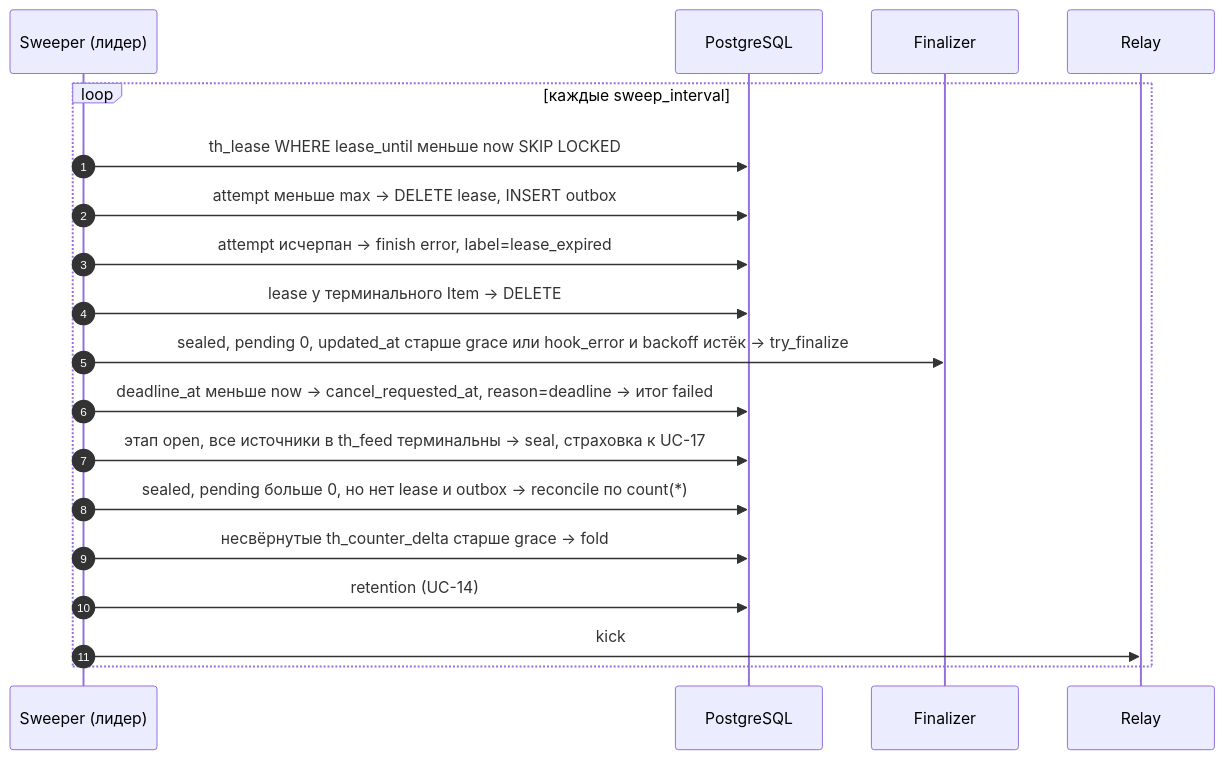
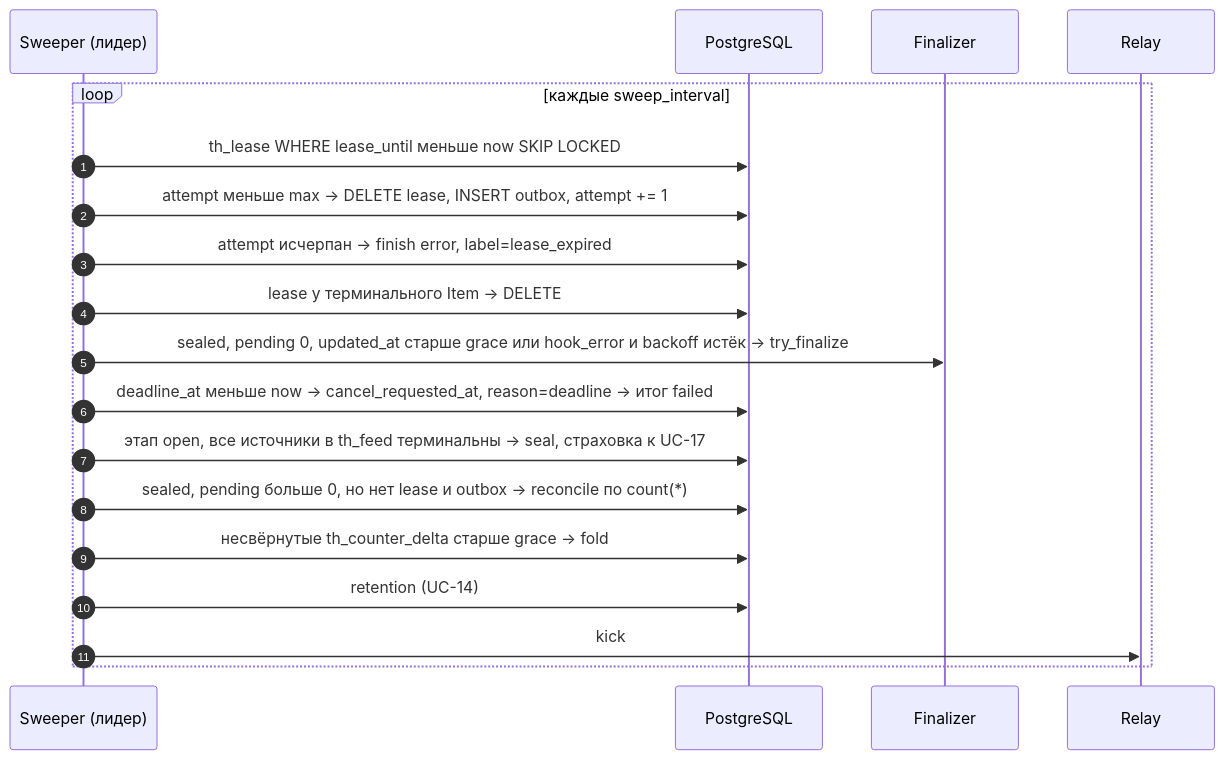
One commit to 0cherednoq/Tallyho changed diagram 27 of 39 in docs/ARCHITECTURE.md. Above: the diagram before and after it, drawn with Mermaid. The commit also changed other lines of this file, not shown here.

First line of the commit message:
Fix-5: ARCHITECTURE — эффективный лимит повторов для sweeper

````diff
--- a/docs/ARCHITECTURE.md
+++ b/docs/ARCHITECTURE.md
@@ -1212,22 +1213,22 @@
 ```mermaid
 sequenceDiagram
     autonumber
     participant SW as Sweeper (лидер)
     participant DB as PostgreSQL
     participant F as Finalizer
     participant R as Relay
 
     loop каждые sweep_interval
         SW->>DB: th_lease WHERE lease_until меньше now SKIP LOCKED
-        SW->>DB: attempt меньше max → DELETE lease, INSERT outbox
+        SW->>DB: attempt меньше max → DELETE lease, INSERT outbox, attempt += 1
         SW->>DB: attempt исчерпан → finish error, label=lease_expired
         SW->>DB: lease у терминального Item → DELETE
         SW->>F: sealed, pending 0, updated_at старше grace или hook_error и backoff истёк → try_finalize
         SW->>DB: deadline_at меньше now → cancel_requested_at, reason=deadline → итог failed
         SW->>DB: этап open, все источники в th_feed терминальны → seal, страховка к UC-17
         SW->>DB: sealed, pending больше 0, но нет lease и outbox → reconcile по count(*)
         SW->>DB: несвёрнутые th_counter_delta старше grace → fold
         SW->>DB: retention (UC-14)
         SW->>R: kick
     end
 ```
````
